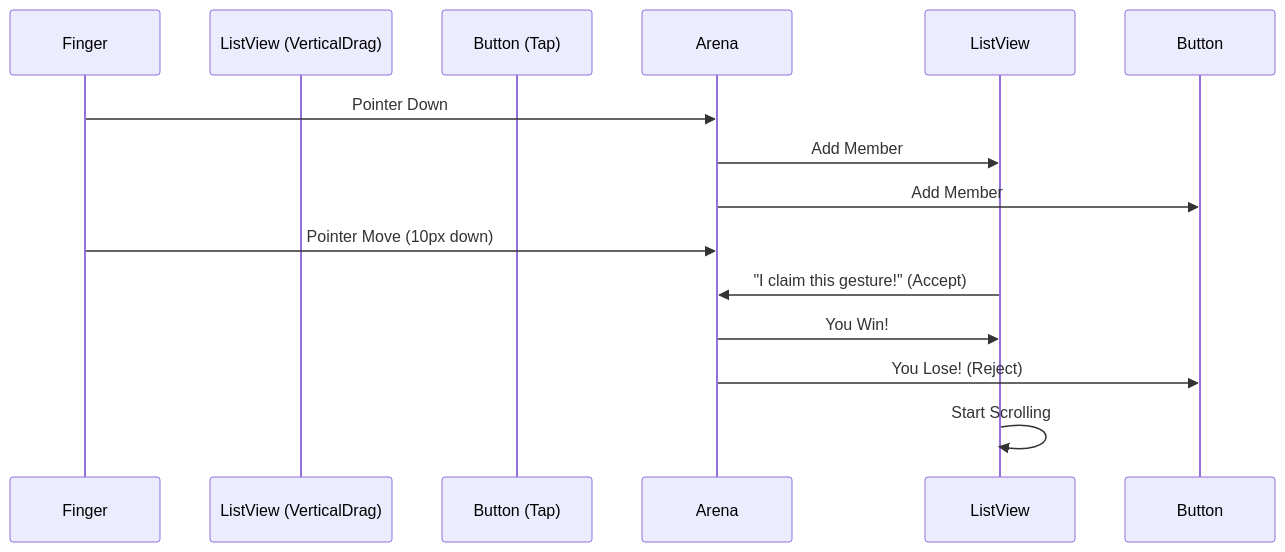
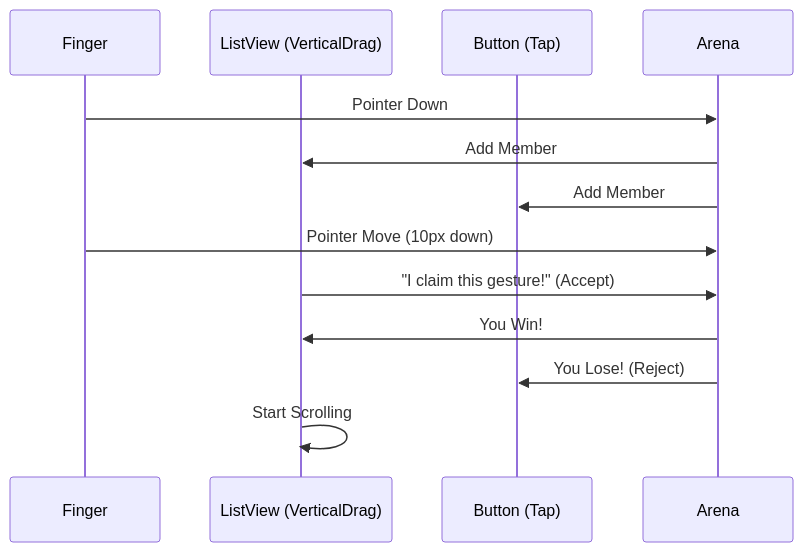
Before and after one commit to briefness/LZYBlog: the second of 2 diagrams in docs/posts/Flutter/08_Gestures.md, drawn with Mermaid. The commit also changed other lines of this file and 59 other files, not shown here.

````diff
--- a/docs/posts/Flutter/08_Gestures.md
+++ b/docs/posts/Flutter/08_Gestures.md
@@ -37,18 +53,18 @@
 ```mermaid
 sequenceDiagram
     participant Finger
-    participant ListView (VerticalDrag)
-    participant Button (Tap)
+    participant ListView as ListView (VerticalDrag)
+    participant Button as Button (Tap)
     participant Arena
 
     Finger->>Arena: Pointer Down
     Arena->>ListView: Add Member
     Arena->>Button: Add Member
     
     Finger->>Arena: Pointer Move (10px down)
     ListView->>Arena: "I claim this gesture!" (Accept)
     Arena->>ListView: You Win!
     Arena->>Button: You Lose! (Reject)
     
     ListView->>ListView: Start Scrolling
 ```
````
